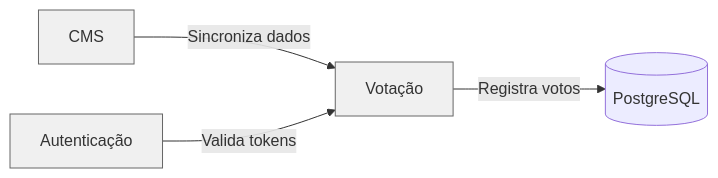
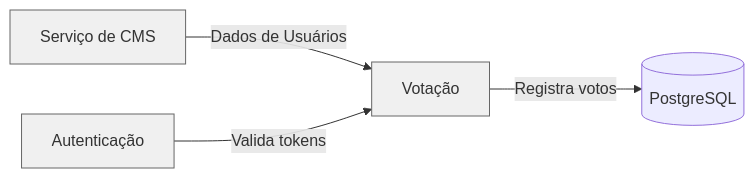
The third of 3 diagrams in README.md (laboratorio-de-praticas/votacao-be), drawn with Mermaid before and after one commit. The commit also changed other lines of this file, not shown here.

````diff
--- a/README.md
+++ b/README.md
@@ -97,9 +104,10 @@
 ```mermaid
 flowchart LR
-    CMS -- Sincroniza dados --> Votação
-    Autenticação -- Valida tokens --> Votação
-    Votação -- Registra votos --> BancoDados[(PostgreSQL)]
+    CMS["Serviço de CMS"] -->|Dados de Usuários| Votação
+    Autenticação -->|Valida tokens| Votação
+    Votação -->|Registra votos| Banco[(PostgreSQL)]
     
-    classDef service fill:#f0f0f0,stroke:#666;
+    classDef service fill:#f0f0f0,stroke:#666,rounded:5px;
     class CMS,Autenticação,Votação service;
+    class Banco database;
 ```
````
